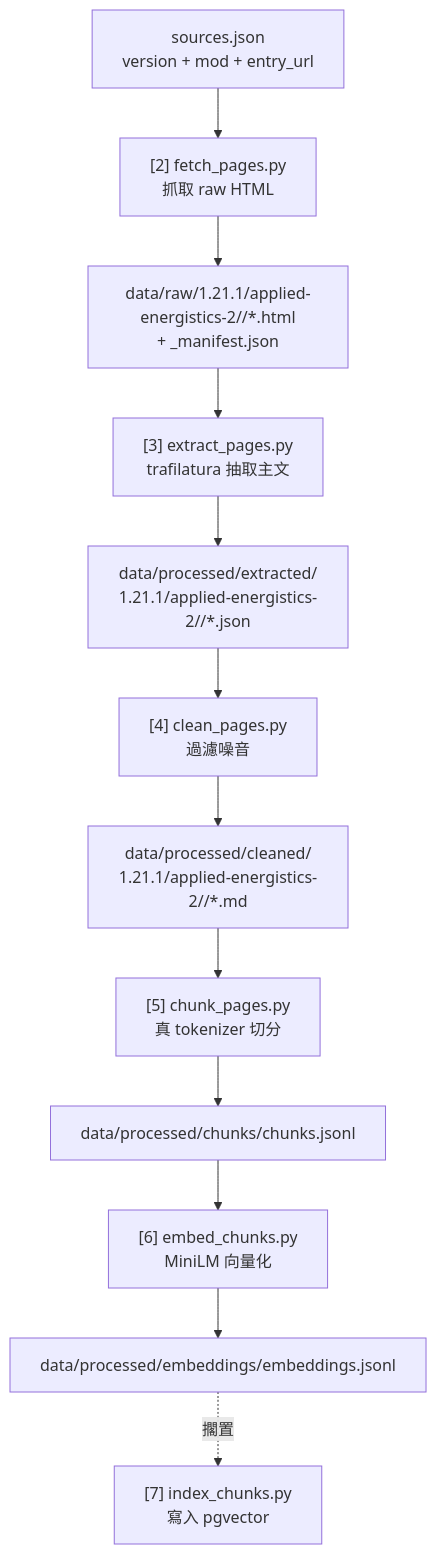
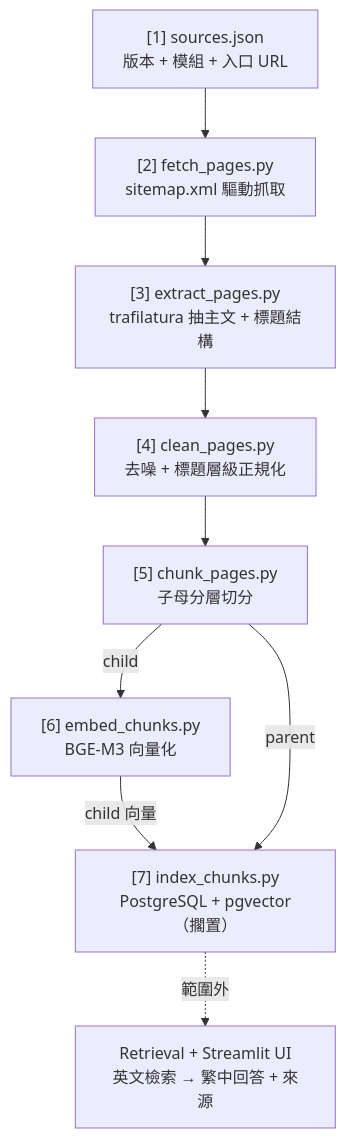
The diagram in README.md (Star-Meow/Minecraft_RAG), drawn with Mermaid before and after one commit. The commit also changed other lines of this file and 4 other files, not shown here.

````diff
--- a/README.md
+++ b/README.md
@@ -17,14 +24,11 @@
 ```mermaid
 flowchart TD
-    S["sources.json<br>version + mod + entry_url"] --> F["[2] fetch_pages.py<br>抓取 raw HTML"]
-    F --> RAW["data/raw/1.21.1/applied-energistics-2/<chapter>/*.html<br>+ _manifest.json"]
-    RAW --> E["[3] extract_pages.py<br>trafilatura 抽取主文"]
-    E --> EXT["data/processed/extracted/<br>1.21.1/applied-energistics-2/<chapter>/*.json"]
-    EXT --> C["[4] clean_pages.py<br>過濾噪音"]
-    C --> CLN["data/processed/cleaned/<br>1.21.1/applied-energistics-2/<chapter>/*.md"]
-    CLN --> K["[5] chunk_pages.py<br>真 tokenizer 切分"]
-    K --> CHK["data/processed/chunks/chunks.jsonl"]
-    CHK --> M["[6] embed_chunks.py<br>MiniLM 向量化"]
-    M --> EMB["data/processed/embeddings/embeddings.jsonl"]
-    EMB -.擱置.-> I["[7] index_chunks.py<br>寫入 pgvector"]
+    S["[1] sources.json<br>版本 + 模組 + 入口 URL"] --> F["[2] fetch_pages.py<br>sitemap.xml 驅動抓取"]
+    F --> E["[3] extract_pages.py<br>trafilatura 抽主文 + 標題結構"]
+    E --> C["[4] clean_pages.py<br>去噪 + 標題層級正規化"]
+    C --> K["[5] chunk_pages.py<br>子母分層切分"]
+    K -- child --> M["[6] embed_chunks.py<br>BGE-M3 向量化"]
+    M -- child 向量 --> I["[7] index_chunks.py<br>PostgreSQL + pgvector（擱置）"]
+    K -- parent --> I
+    I -.範圍外.-> R["Retrieval + Streamlit UI<br>英文檢索 → 繁中回答 + 來源"]
 ```
````
